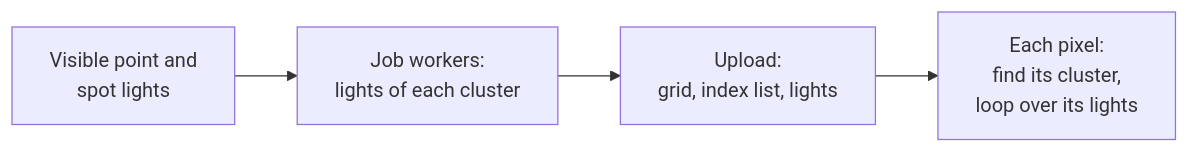
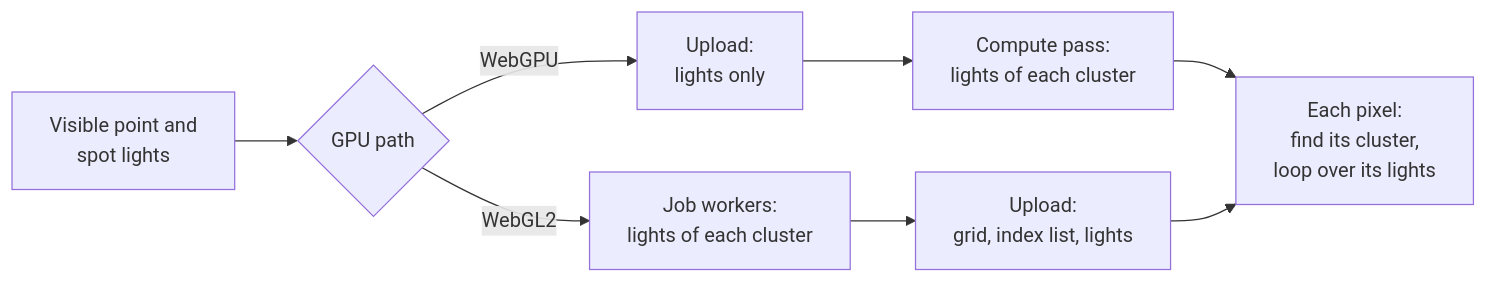
The second of 2 diagrams in docs/concepts/lighting.md (null3d-engine/null3d), drawn with Mermaid before and after one commit. The commit also changed other lines of this file and 17 other files, not shown here.

````diff
--- a/docs/concepts/lighting.md
+++ b/docs/concepts/lighting.md
@@ -68,6 +68,10 @@
 ```mermaid
 flowchart LR
-    lights["Visible point and<br/>spot lights"] --> assign["Job workers:<br/>lights of each cluster"]
-    assign --> upload["Upload:<br/>grid, index list, lights"]
-    upload --> pixel["Each pixel:<br/>find its cluster,<br/>loop over its lights"]
+    lights["Visible point and<br/>spot lights"] --> path{"GPU path"}
+    path -->|WebGPU| upload["Upload:<br/>lights only"]
+    upload --> compute["Compute pass:<br/>lights of each cluster"]
+    path -->|WebGL2| assign["Job workers:<br/>lights of each cluster"]
+    assign --> textures["Upload:<br/>grid, index list, lights"]
+    compute --> pixel["Each pixel:<br/>find its cluster,<br/>loop over its lights"]
+    textures --> pixel
 ```
````
